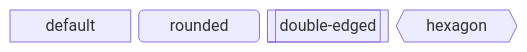
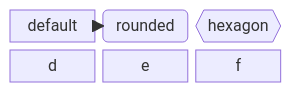
Before and after one commit to rp1-run/rp1: diagram 28 of 38 in plugins/base/skills/mermaid/reference.md, drawn with Mermaid. The commit also changed other lines of this file and 7 other files, not shown here.

Commit message:
feat: add a better mermaid repair skill

````diff
--- a/plugins/base/skills/mermaid/reference.md
+++ b/plugins/base/skills/mermaid/reference.md
@@ -476,8 +452,7 @@
 ```mermaid
 block-beta
-    columns 4
-    a["default"]
-    b("rounded")
-    c[["double-edged"]]
-    d{{"hexagon"}}
+    columns 3
+    a["default"] b("rounded") c{{"hexagon"}}
+    d e f
+    a-->b
 ```
````
